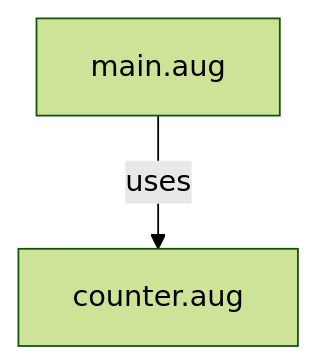
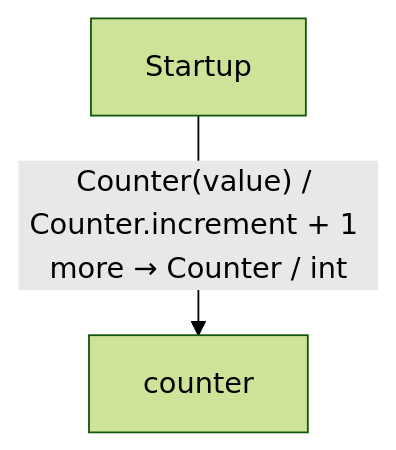
Before and after one commit to GreenPandaStudios/augscript: the diagram in docs/examples/ownership/diagrams/index.md, drawn with Mermaid (forest theme). The commit also changed other lines of this file and 524 other files, not shown here.

Commit message:
Explain checked data flow at folder and service levels

````diff
--- a/docs/examples/ownership/diagrams/index.md
+++ b/docs/examples/ownership/diagrams/index.md
@@ -29,6 +19,6 @@
 ```mermaid
 flowchart TD
-    n0["counter.aug"]
-    n1["main.aug"]
-    n1 -->|"uses"| n0
+    n0["counter"]
+    n1["Startup"]
+    n1 -->|"Counter(value) / Counter.increment + 1 more → Counter / int"| n0
 ```
````
